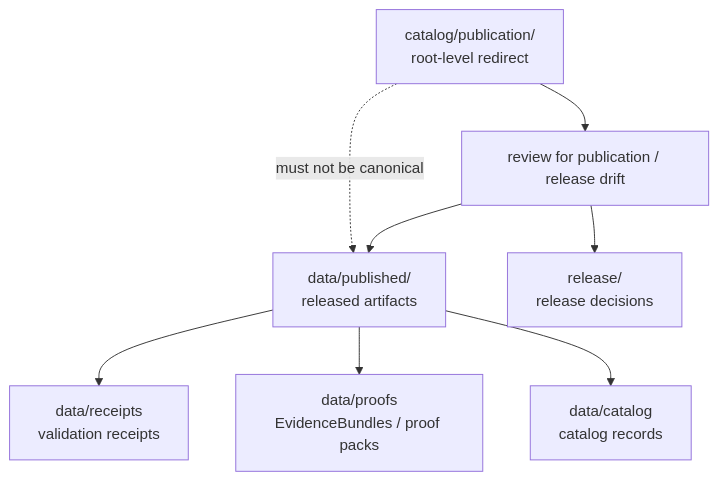
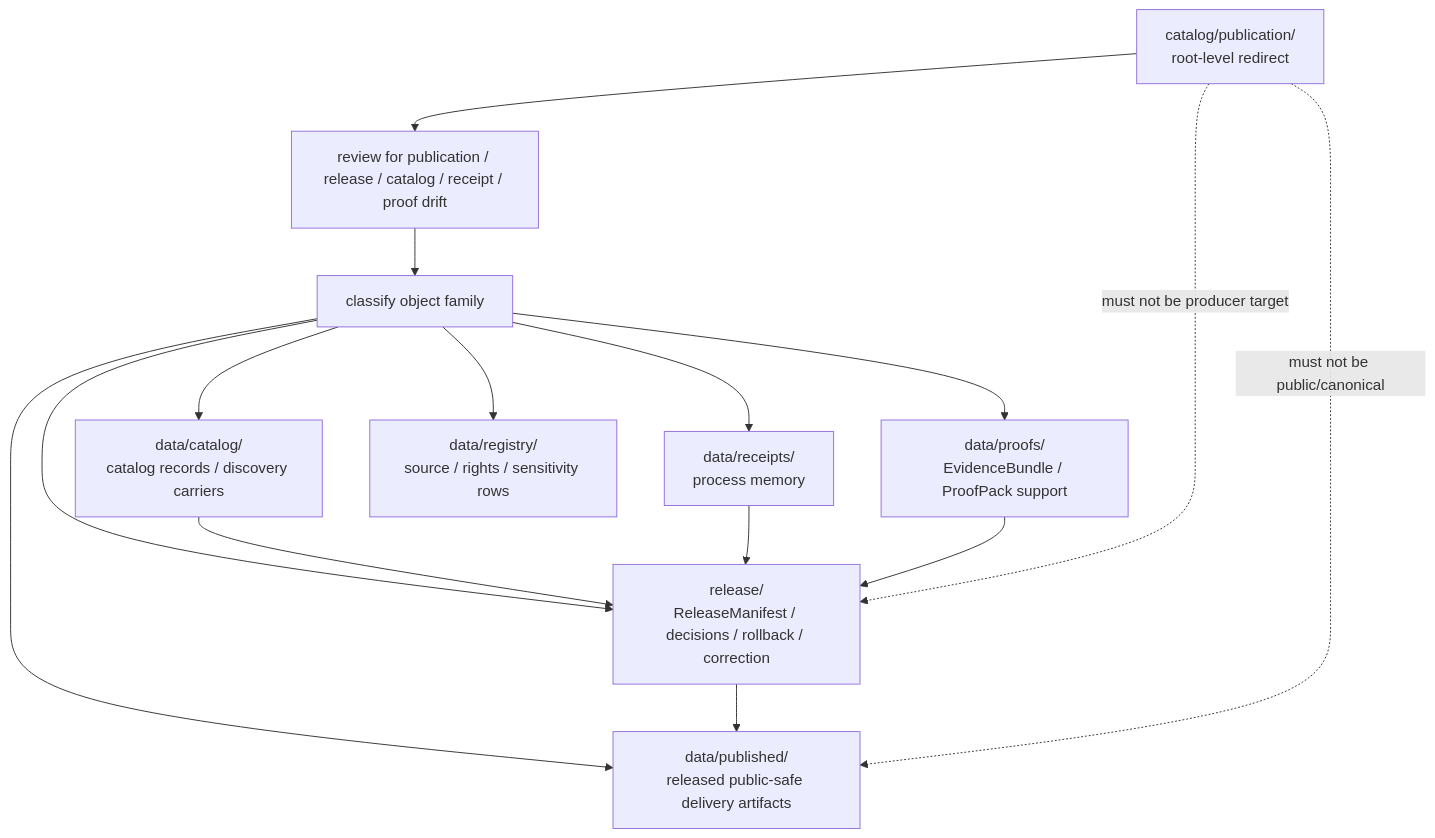
The diagram in catalog/publication/README.md (bartytime4life/Kansas-Frontier-Matrix), drawn with Mermaid before and after one commit. The commit also changed other lines of this file, not shown here.

Commit message:
docs: update catalog publication redirect readme

````diff
--- a/catalog/publication/README.md
+++ b/catalog/publication/README.md
@@ -166,10 +275,17 @@
 ```mermaid
 flowchart TD
-    wrong["catalog/publication/\nroot-level redirect"] --> review["review for publication / release drift"]
-    review --> published["data/published/\nreleased artifacts"]
-    review --> release["release/\nrelease decisions"]
-    published --> receipts["data/receipts\nvalidation receipts"]
-    published --> proofs["data/proofs\nEvidenceBundles / proof packs"]
-    published --> catalog["data/catalog\ncatalog records"]
-    wrong -. "must not be canonical" .-> published
+    wrong["catalog/publication/\nroot-level redirect"] --> review["review for publication / release / catalog / receipt / proof drift"]
+    review --> classify["classify object family"]
+    classify --> published["data/published/\nreleased public-safe delivery artifacts"]
+    classify --> release["release/\nReleaseManifest / decisions / rollback / correction"]
+    classify --> catalog["data/catalog/\ncatalog records / discovery carriers"]
+    classify --> receipts["data/receipts/\nprocess memory"]
+    classify --> proofs["data/proofs/\nEvidenceBundle / ProofPack support"]
+    classify --> registry["data/registry/\nsource / rights / sensitivity rows"]
+    catalog --> release
+    receipts --> release
+    proofs --> release
+    release --> published
+    wrong -. "must not be public/canonical" .-> published
+    wrong -. "must not be producer target" .-> release
 ```
````
